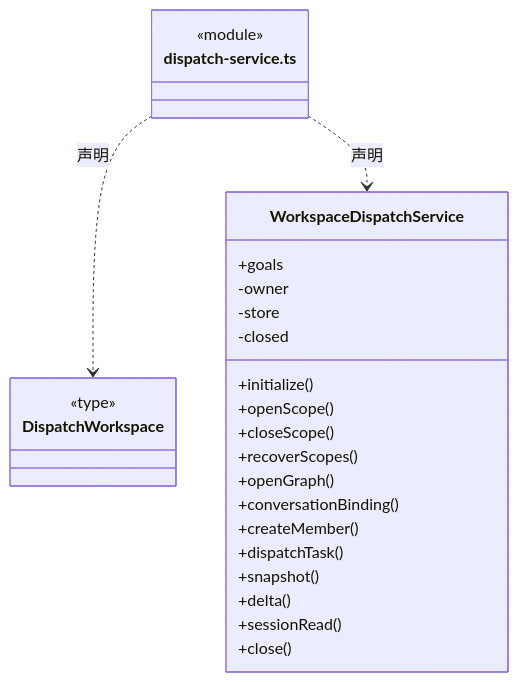
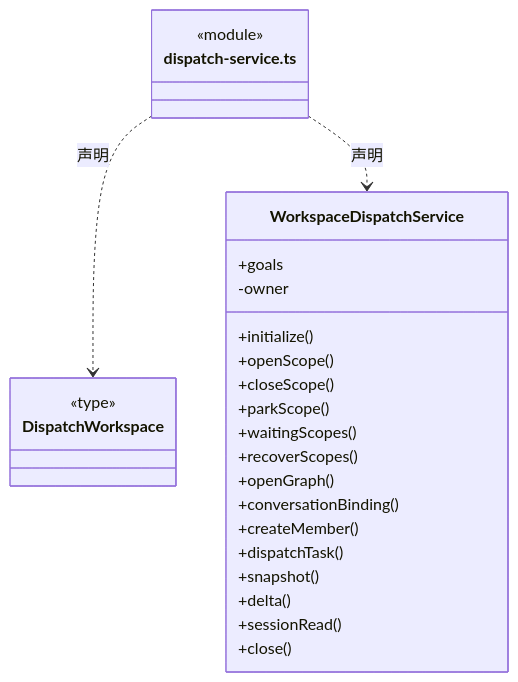
Before and after one commit to nan023062/cbim: the fourth of 28 diagrams in src/backend/scheduler-engine/execution/ARCHITECTURE.md, drawn with Mermaid. The commit also changed other lines of this file and 49 other files, not shown here.

````diff
--- a/src/backend/scheduler-engine/execution/ARCHITECTURE.md
+++ b/src/backend/scheduler-engine/execution/ARCHITECTURE.md
@@ -135,30 +138,30 @@
 ```mermaid
 classDiagram
 class N_src_backend_scheduler_engine_execution_dispatch_service_ts["dispatch-service.ts"] {
   <<module>>
 }
 class N_src_backend_scheduler_engine_execution_dispatch_service_ts_DispatchWorkspace["DispatchWorkspace"] {
   <<type>>
 
 }
 N_src_backend_scheduler_engine_execution_dispatch_service_ts ..> N_src_backend_scheduler_engine_execution_dispatch_service_ts_DispatchWorkspace : 声明
 class N_src_backend_scheduler_engine_execution_dispatch_service_ts_WorkspaceDispatchService["WorkspaceDispatchService"] {
   +goals
   +initialize()
   +openScope()
   +closeScope()
+  +parkScope()
+  +waitingScopes()
   +recoverScopes()
   +openGraph()
   +conversationBinding()
   +createMember()
   +dispatchTask()
   +snapshot()
   +delta()
   +sessionRead()
   +close()
   -owner
-  -store
-  -closed
 }
 N_src_backend_scheduler_engine_execution_dispatch_service_ts ..> N_src_backend_scheduler_engine_execution_dispatch_service_ts_WorkspaceDispatchService : 声明
 ```
````
